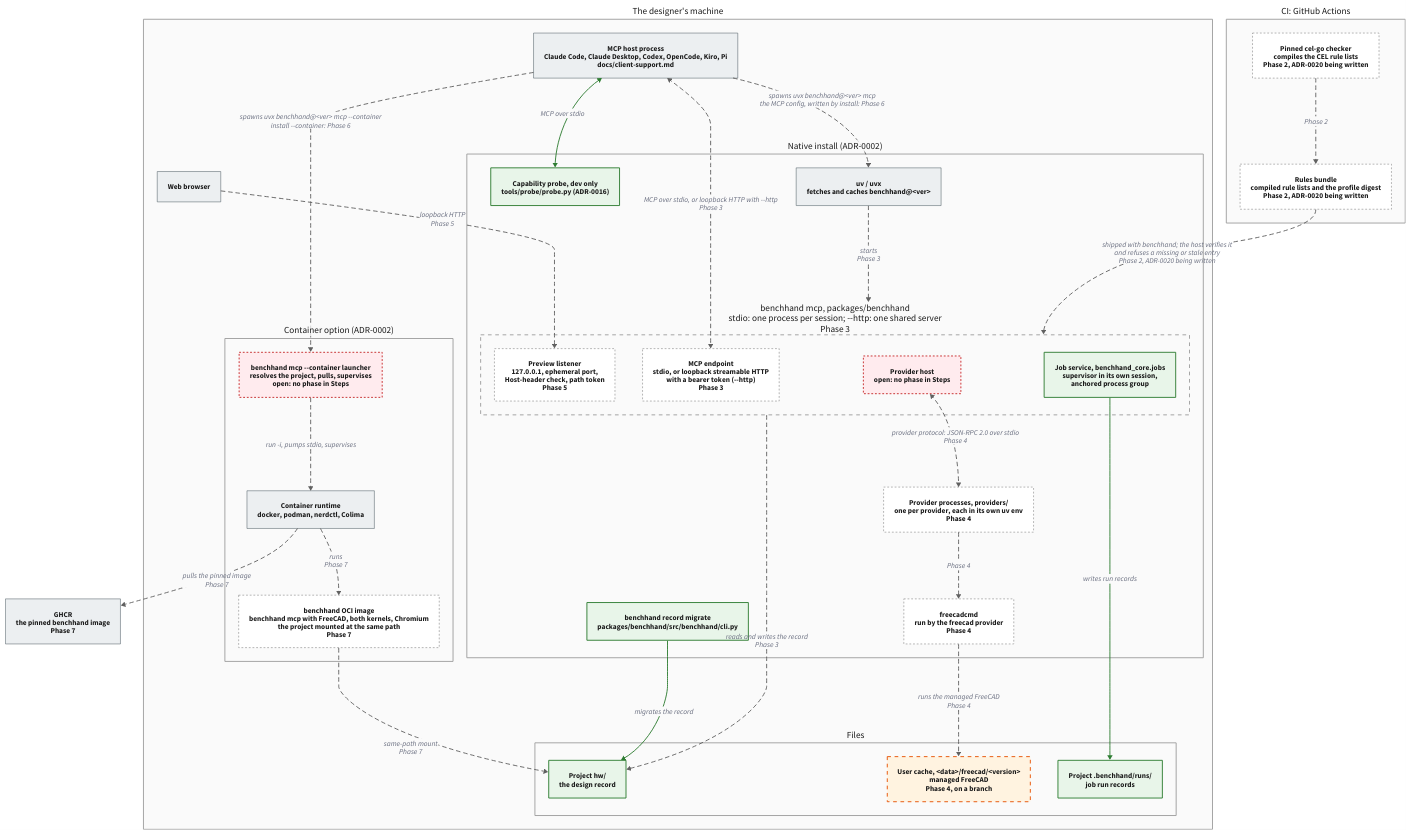
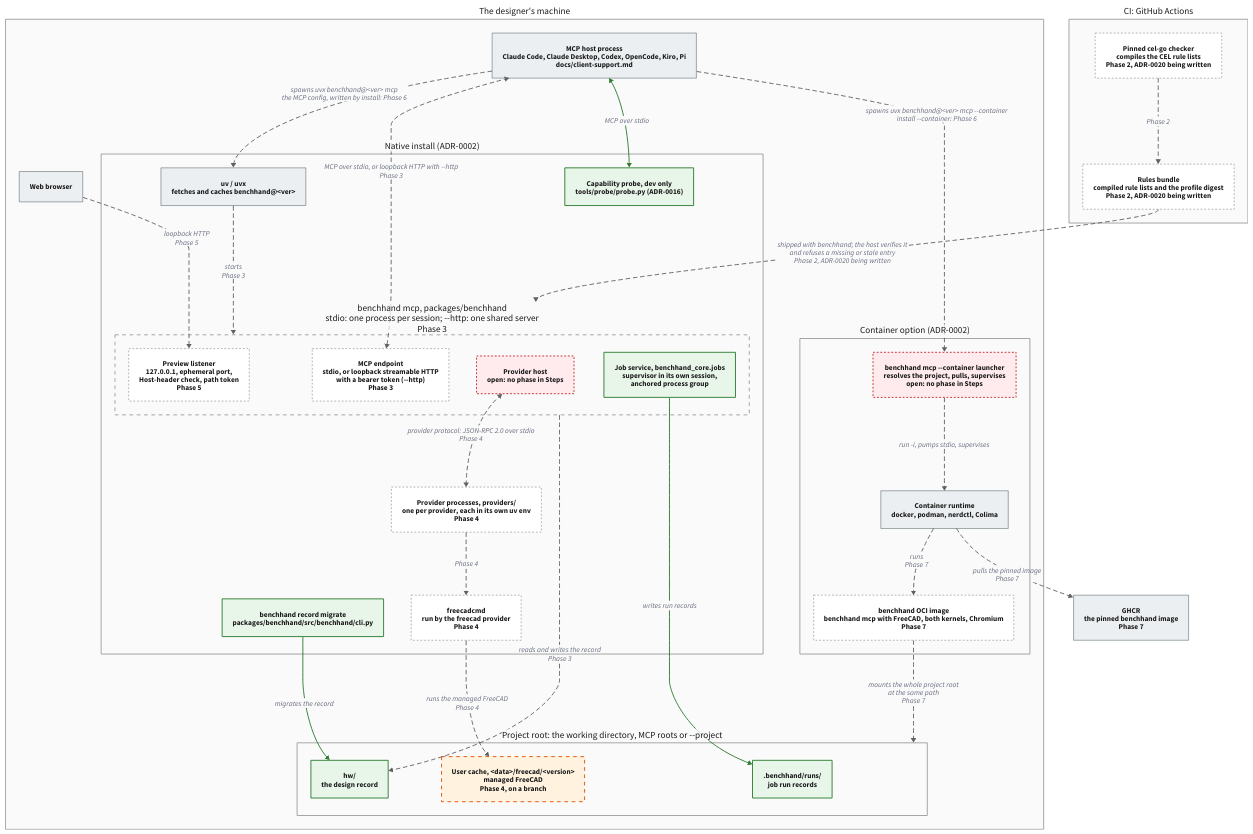
One commit to benchhand/benchhand-next changed the diagram in docs/architecture/overview/deployment.d2. Above: the diagram before and after it, drawn with D2. The commit also changed 2 other files, not shown here.

Commit message:
fix(architecture): the container mounts the whole project root at the same path, not hw/
The deployment diagram groups hw/ and .benchhand/runs/ in the project root that the launcher resolves, and the image mounts that root (design plan section 8, -v <project>:<project>).

```diff
--- a/docs/architecture/overview/deployment.d2
+++ b/docs/architecture/overview/deployment.d2
@@ -1,93 +1,93 @@
 # Deployment and runtime: docs/architecture/overview.md.
 # Solid: on main, checked against the code. Dashed: planned, on a branch, or open, labelled with the phase
 # docs/design-plan.md "Steps (phased)" gives it. Render: d2 --layout elk --pad 40 deployment.d2 deployment.svg (d2 0.9.0).
 
 vars: {
   d2-legend: {
     main: "On main" {class: main}
     branch: "On a branch, Phase N" {class: branch}
     planned: "Planned, Phase N" {class: planned}
     open: "Open: no phase in Steps" {class: open}
     external: "Outside benchhand" {class: external}
   }
 }
 
 classes: {
   main: {style: {fill: "#e8f5e9"; stroke: "#2e7d32"; stroke-width: 2; font-color: "#1b1b1b"}}
   branch: {style: {fill: "#fff3e0"; stroke: "#e65100"; stroke-width: 2; stroke-dash: 4; font-color: "#1b1b1b"}}
   planned: {style: {fill: "#ffffff"; stroke: "#616161"; stroke-width: 1; stroke-dash: 4; font-color: "#1b1b1b"}}
   open: {style: {fill: "#ffebee"; stroke: "#c62828"; stroke-width: 2; stroke-dash: 2; font-color: "#1b1b1b"}}
   external: {style: {fill: "#eceff1"; stroke: "#37474f"; stroke-width: 1; font-color: "#1b1b1b"}}
   layer: {style: {fill: "#fafafa"; stroke: "#9e9e9e"; font-color: "#1b1b1b"; font-size: 20}}
   layer_planned: {style: {fill: "#fafafa"; stroke: "#9e9e9e"; stroke-dash: 4; font-color: "#1b1b1b"; font-size: 20}}
   on_main: {style: {stroke: "#2e7d32"; stroke-width: 2}}
   planned_call: {style: {stroke: "#616161"; stroke-dash: 4}}
 }
 
 direction: down
 
 machine: "The designer's machine" {
   class: layer
 
   host: "MCP host process\nClaude Code, Claude Desktop, Codex, OpenCode, Kiro, Pi\ndocs/client-support.md" {class: external}
   browser: "Web browser" {class: external}
 
   native: "Native install (ADR-0002)" {
     class: layer
     uvx: "uv / uvx\nfetches and caches benchhand@<ver>" {class: external}
     mcp: "benchhand mcp, packages/benchhand\nstdio: one process per session; --http: one shared server\nPhase 3" {
       class: layer_planned
       endpoint: "MCP endpoint\nstdio, or loopback streamable HTTP\nwith a bearer token (--http)\nPhase 3" {class: planned}
       preview: "Preview listener\n127.0.0.1, ephemeral port,\nHost-header check, path token\nPhase 5" {class: planned}
       provider_host: "Provider host\nopen: no phase in Steps" {class: open}
       jobs: "Job service, benchhand_core.jobs\nsupervisor in its own session,\nanchored process group" {class: main}
     }
     cli: "benchhand record migrate\npackages/benchhand/src/benchhand/cli.py" {class: main}
     probe: "Capability probe, dev only\ntools/probe/probe.py (ADR-0016)" {class: main}
     providers: "Provider processes, providers/\none per provider, each in its own uv env\nPhase 4" {class: planned}
     freecadcmd: "freecadcmd\nrun by the freecad provider\nPhase 4" {class: planned}
   }
 
   container: "Container option (ADR-0002)" {
     class: layer
     launcher: "benchhand mcp --container launcher\nresolves the project, pulls, supervises\nopen: no phase in Steps" {class: open}
     runtime: "Container runtime\ndocker, podman, nerdctl, Colima" {class: external}
-    image: "benchhand OCI image\nbenchhand mcp with FreeCAD, both kernels, Chromium\nthe project mounted at the same path\nPhase 7" {class: planned}
+    image: "benchhand OCI image\nbenchhand mcp with FreeCAD, both kernels, Chromium\nPhase 7" {class: planned}
   }
 
-  files: "Files" {
+  project: "Project root: the working directory, MCP roots or --project" {
     class: layer
-    hw: "Project hw/\nthe design record" {class: main}
-    dot: "Project .benchhand/runs/\njob run records" {class: main}
+    hw: "hw/\nthe design record" {class: main}
+    dot: ".benchhand/runs/\njob run records" {class: main}
     cache: "User cache, <data>/freecad/<version>\nmanaged FreeCAD\nPhase 4, on a branch" {class: branch}
   }
 }
 
 ci: "CI: GitHub Actions" {
   class: layer
   celgo: "Pinned cel-go checker\ncompiles the CEL rule lists\nPhase 2, ADR-0020 being written" {class: planned}
   bundle: "Rules bundle\ncompiled rule lists and the profile digest\nPhase 2, ADR-0020 being written" {class: planned}
   celgo -> bundle: "Phase 2" {class: planned_call}
 }
 
 ghcr: "GHCR\nthe pinned benchhand image\nPhase 7" {class: external}
 
 machine.host -> machine.native.uvx: "spawns uvx benchhand@<ver> mcp\nthe MCP config, written by install: Phase 6" {class: planned_call}
 machine.native.uvx -> machine.native.mcp: "starts\nPhase 3" {class: planned_call}
 machine.host <-> machine.native.mcp.endpoint: "MCP over stdio, or loopback HTTP with --http\nPhase 3" {class: planned_call}
 machine.host <-> machine.native.probe: "MCP over stdio" {class: on_main}
 machine.browser -> machine.native.mcp.preview: "loopback HTTP\nPhase 5" {class: planned_call}
 machine.native.mcp.provider_host <-> machine.native.providers: "provider protocol: JSON-RPC 2.0 over stdio\nPhase 4" {class: planned_call}
 machine.native.providers -> machine.native.freecadcmd: "Phase 4" {class: planned_call}
-machine.native.mcp -> machine.files.hw: "reads and writes the record\nPhase 3" {class: planned_call}
-machine.native.cli -> machine.files.hw: "migrates the record" {class: on_main}
-machine.native.mcp.jobs -> machine.files.dot: "writes run records" {class: on_main}
-machine.native.freecadcmd -> machine.files.cache: "runs the managed FreeCAD\nPhase 4" {class: planned_call}
+machine.native.mcp -> machine.project.hw: "reads and writes the record\nPhase 3" {class: planned_call}
+machine.native.cli -> machine.project.hw: "migrates the record" {class: on_main}
+machine.native.mcp.jobs -> machine.project.dot: "writes run records" {class: on_main}
+machine.native.freecadcmd -> machine.project.cache: "runs the managed FreeCAD\nPhase 4" {class: planned_call}
 
 machine.host -> machine.container.launcher: "spawns uvx benchhand@<ver> mcp --container\ninstall --container: Phase 6" {class: planned_call}
 machine.container.launcher -> machine.container.runtime: "run -i, pumps stdio, supervises" {class: planned_call}
 machine.container.runtime -> machine.container.image: "runs\nPhase 7" {class: planned_call}
 machine.container.runtime -> ghcr: "pulls the pinned image\nPhase 7" {class: planned_call}
-machine.container.image -> machine.files.hw: "same-path mount\nPhase 7" {class: planned_call}
+machine.container.image -> machine.project: "mounts the whole project root\nat the same path\nPhase 7" {class: planned_call}
 
 ci.bundle -> machine.native.mcp: "shipped with benchhand; the host verifies it\nand refuses a missing or stale entry\nPhase 2, ADR-0020 being written" {class: planned_call}
```
